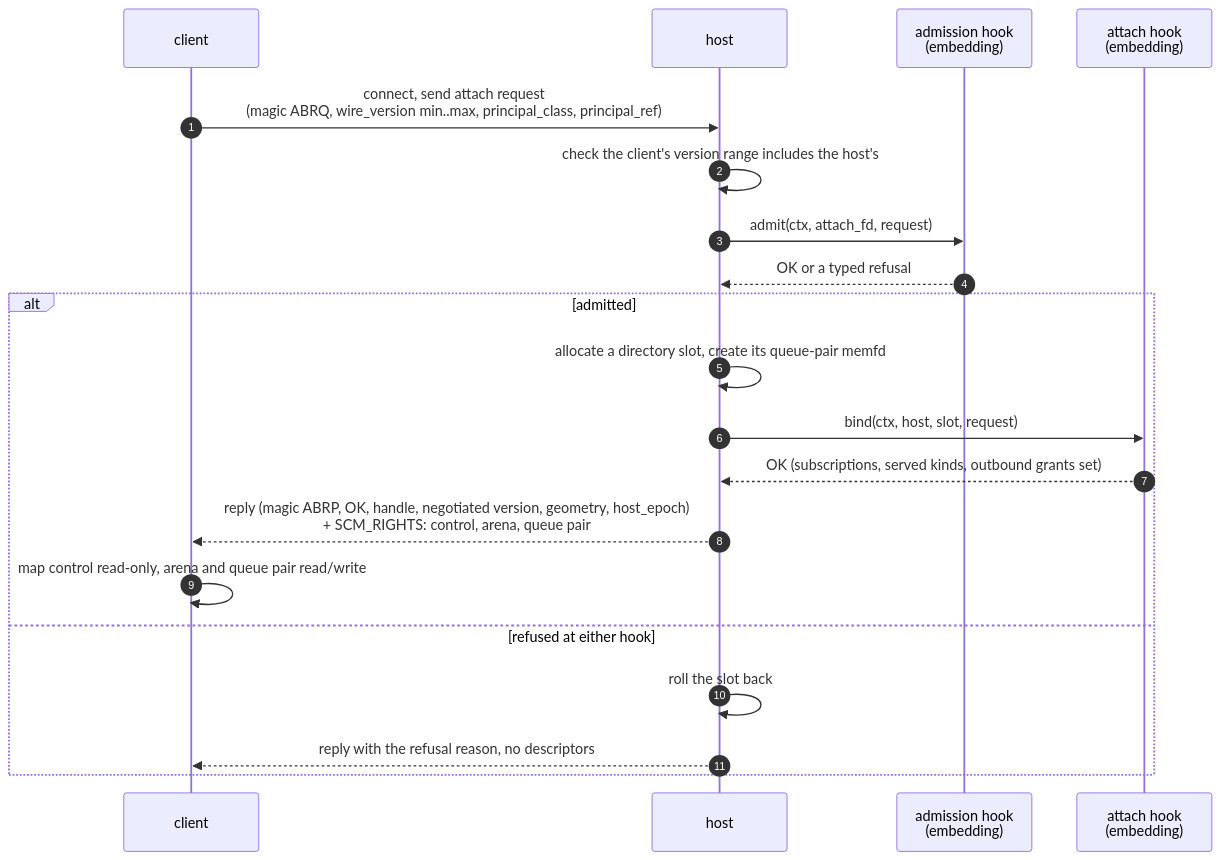
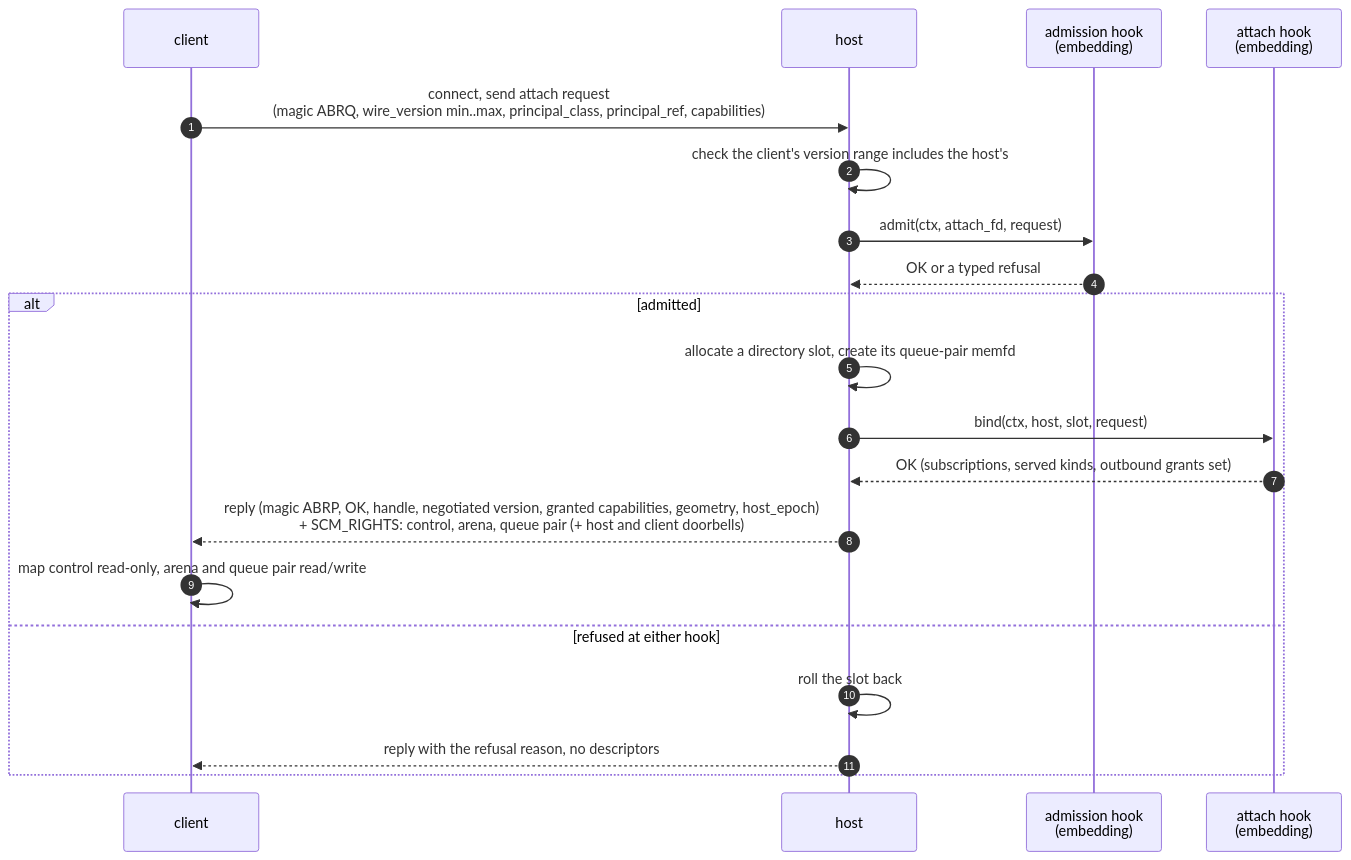
One commit to RakuenSoftware/ouroboros-ring changed the first of 2 diagrams in docs/attach-and-admission.md. Above: the diagram before and after it, drawn with Mermaid. The commit also changed other lines of this file and 7 other files, not shown here.

````diff
--- a/docs/attach-and-admission.md
+++ b/docs/attach-and-admission.md
@@ -13,22 +13,22 @@
 ```mermaid
 sequenceDiagram
     autonumber
     participant C as client
     participant H as host
     participant A as admission hook<br/>(embedding)
     participant B as attach hook<br/>(embedding)
-    C->>H: connect, send attach request<br/>(magic ABRQ, wire_version min..max, principal_class, principal_ref)
+    C->>H: connect, send attach request<br/>(magic ABRQ, wire_version min..max, principal_class, principal_ref, capabilities)
     H->>H: check the client's version range includes the host's
     H->>A: admit(ctx, attach_fd, request)
     A-->>H: OK or a typed refusal
     alt admitted
         H->>H: allocate a directory slot, create its queue-pair memfd
         H->>B: bind(ctx, host, slot, request)
         B-->>H: OK (subscriptions, served kinds, outbound grants set)
-        H-->>C: reply (magic ABRP, OK, handle, negotiated version, geometry, host_epoch)<br/>+ SCM_RIGHTS: control, arena, queue pair
+        H-->>C: reply (magic ABRP, OK, handle, negotiated version, granted capabilities, geometry, host_epoch)<br/>+ SCM_RIGHTS: control, arena, queue pair (+ host and client doorbells)
         C->>C: map control read-only, arena and queue pair read/write
     else refused at either hook
         H->>H: roll the slot back
         H-->>C: reply with the refusal reason, no descriptors
     end
 ```
````
